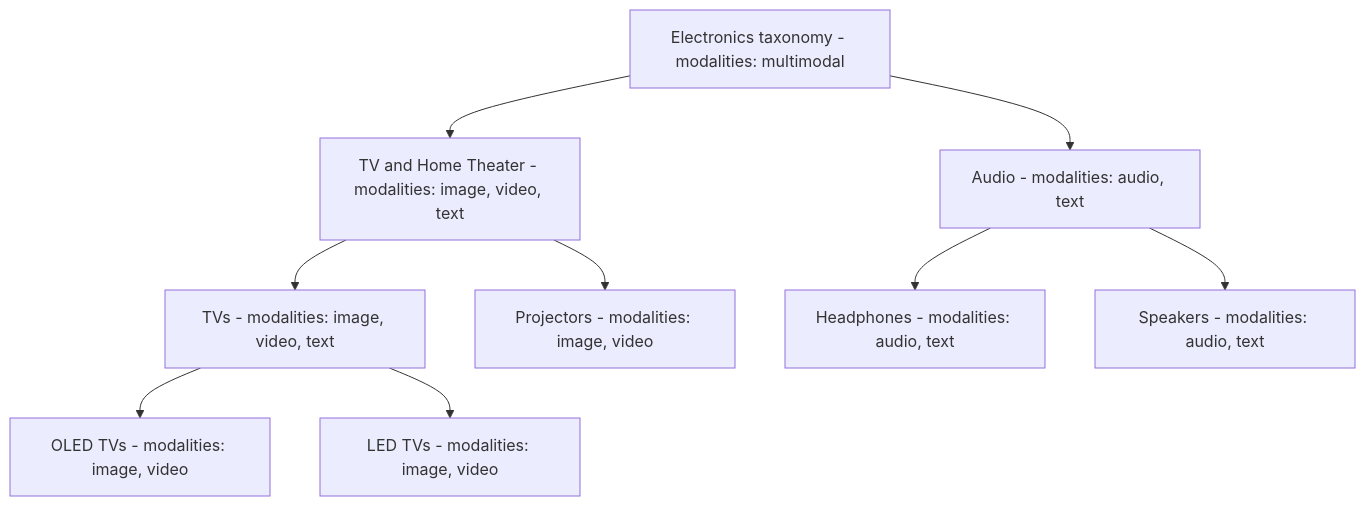
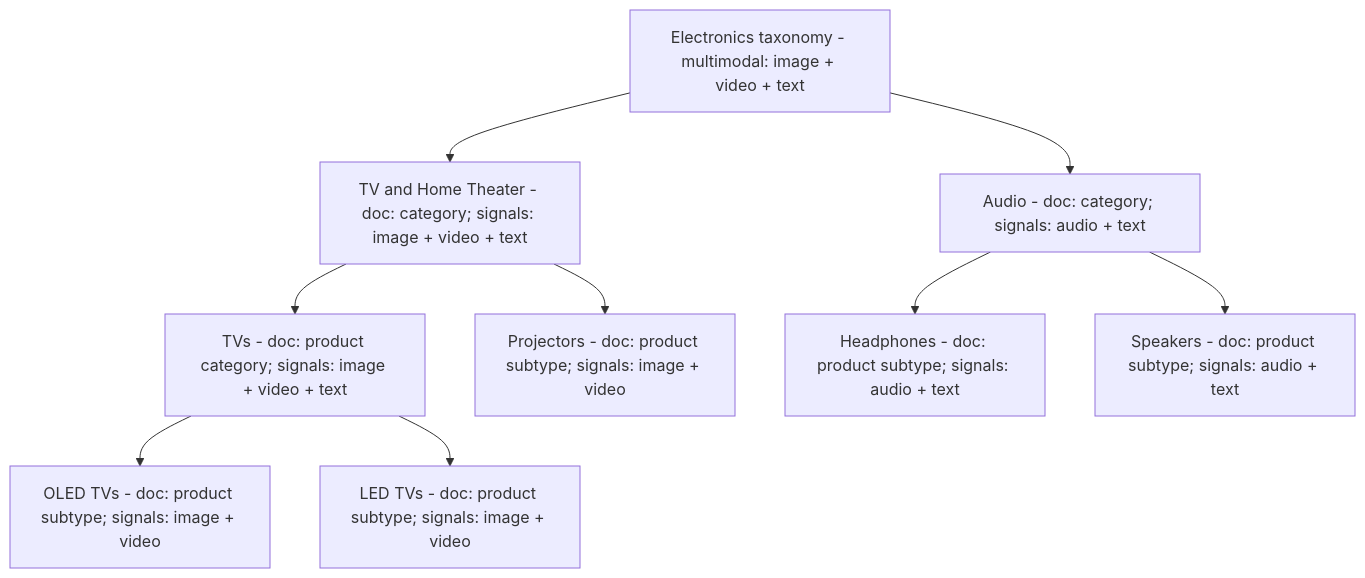
One commit to mixpeek/docs changed the first of 2 diagrams in enrichment/taxonomies.mdx. Above: the diagram before and after it, drawn with Mermaid. The commit also changed other lines of this file, not shown here.

````diff
--- a/enrichment/taxonomies.mdx
+++ b/enrichment/taxonomies.mdx
@@ -20,12 +20,12 @@
 ```mermaid
 flowchart TD
-  A[Electronics taxonomy - modalities: multimodal]
-  A --> B[TV and Home Theater - modalities: image, video, text]
-  B --> C[TVs - modalities: image, video, text]
-  C --> D[OLED TVs - modalities: image, video]
-  C --> E[LED TVs - modalities: image, video]
-  B --> F[Projectors - modalities: image, video]
-  A --> G[Audio - modalities: audio, text]
-  G --> H[Headphones - modalities: audio, text]
-  G --> I[Speakers - modalities: audio, text]
+  A[Electronics taxonomy - multimodal: image + video + text]
+  A --> B[TV and Home Theater - doc: category; signals: image + video + text]
+  B --> C[TVs - doc: product category; signals: image + video + text]
+  C --> D[OLED TVs - doc: product subtype; signals: image + video]
+  C --> E[LED TVs - doc: product subtype; signals: image + video]
+  B --> F[Projectors - doc: product subtype; signals: image + video]
+  A --> G[Audio - doc: category; signals: audio + text]
+  G --> H[Headphones - doc: product subtype; signals: audio + text]
+  G --> I[Speakers - doc: product subtype; signals: audio + text]
 ```
````
